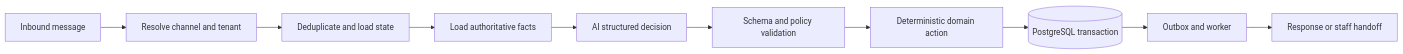
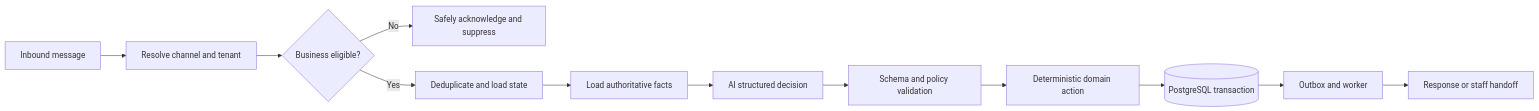
The diagram in README.md (mufazzalshokh/lead-agent-platform), drawn with Mermaid before and after one commit. The commit also changed other lines of this file and 61 other files, not shown here.

````diff
--- a/README.md
+++ b/README.md
@@ -120,12 +131,14 @@
 ```mermaid
 flowchart LR
     A[Inbound message] --> B[Resolve channel and tenant]
-    B --> C[Deduplicate and load state]
-    C --> D[Load authoritative facts]
+    B --> C{Business eligible?}
+    C -- No --> K[Safely acknowledge and suppress]
+    C -- Yes --> D0[Deduplicate and load state]
+    D0 --> D[Load authoritative facts]
     D --> E[AI structured decision]
     E --> F[Schema and policy validation]
     F --> G[Deterministic domain action]
     G --> H[(PostgreSQL transaction)]
     H --> I[Outbox and worker]
     I --> J[Response or staff handoff]
 ```
````
